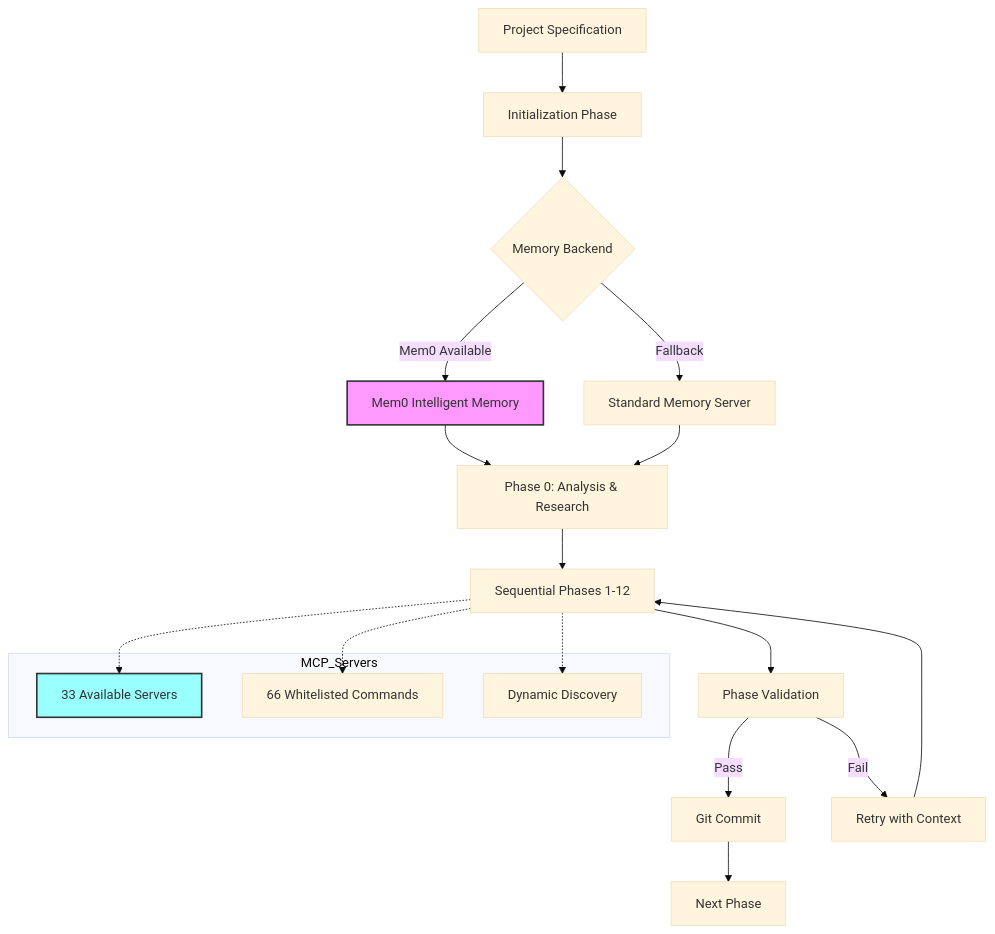
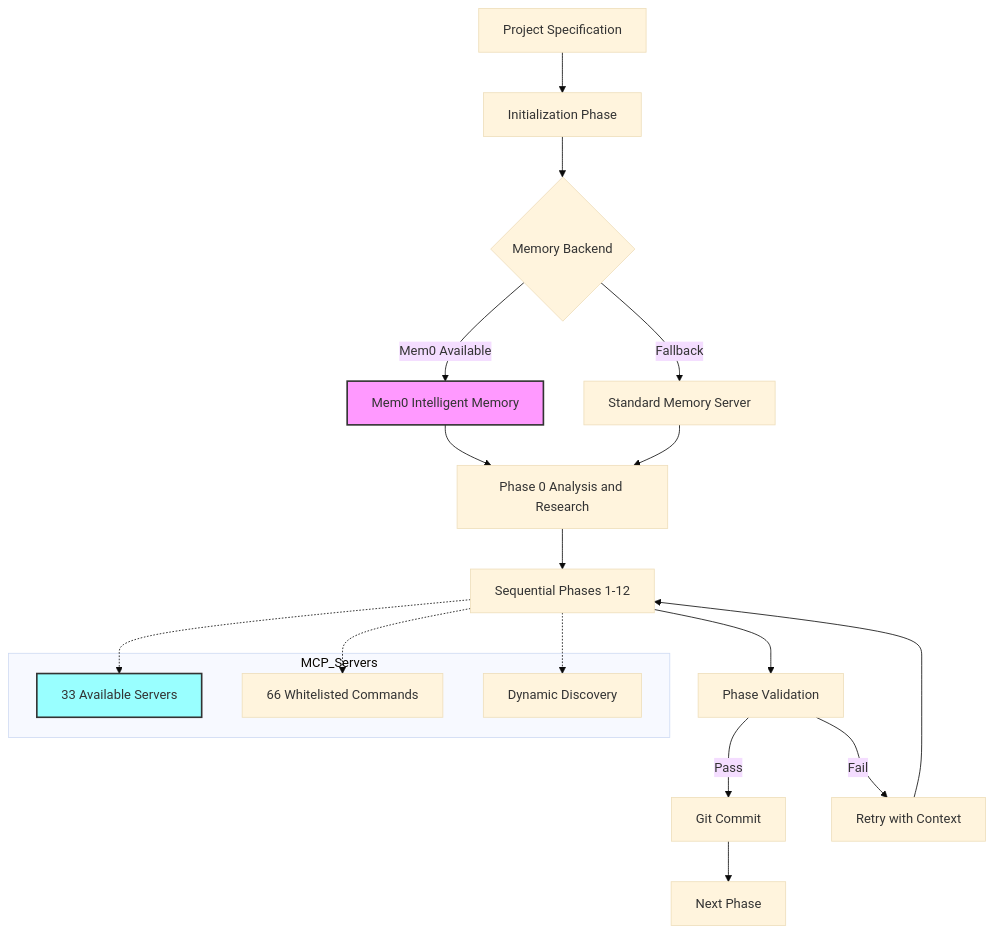
The first of 2 diagrams in README.md (krzemienski/enhanced-claude-code), drawn with Mermaid (base theme) before and after one commit. The commit also changed other lines of this file, not shown here.

Commit message:
fix: Remove special characters from Mermaid diagrams
- Removed colon from 'Phase 0: Analysis & Research' label
- Removed blank line before closing backticks in sequence diagram
- Simplified node labels to avoid parsing issues

````diff
--- a/README.md
+++ b/README.md
@@ -35,33 +35,32 @@
 ```mermaid
 graph TD
     A[Project Specification] --> B[Initialization Phase]
     B --> C{Memory Backend}
     C -->|Mem0 Available| D[Mem0 Intelligent Memory]
     C -->|Fallback| E[Standard Memory Server]
     
-    D --> F[Phase 0: Analysis & Research]
+    D --> F[Phase 0 Analysis and Research]
     E --> F
     
     F --> G[Sequential Phases 1-12]
     
     G --> H[Phase Validation]
     H -->|Pass| I[Git Commit]
     H -->|Fail| J[Retry with Context]
     
     I --> K[Next Phase]
     J --> G
     
     subgraph MCP_Servers
         L[33 Available Servers]
         M[66 Whitelisted Commands]
         N[Dynamic Discovery]
     end
     
     G -.-> L
     G -.-> M
     G -.-> N
     
     style D fill:#f9f,stroke:#333,stroke-width:2px
     style L fill:#9ff,stroke:#333,stroke-width:2px
-
 ```
````
